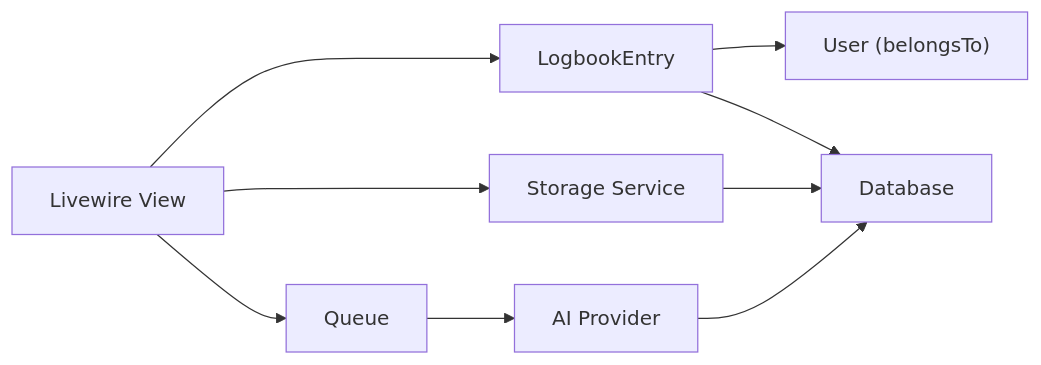
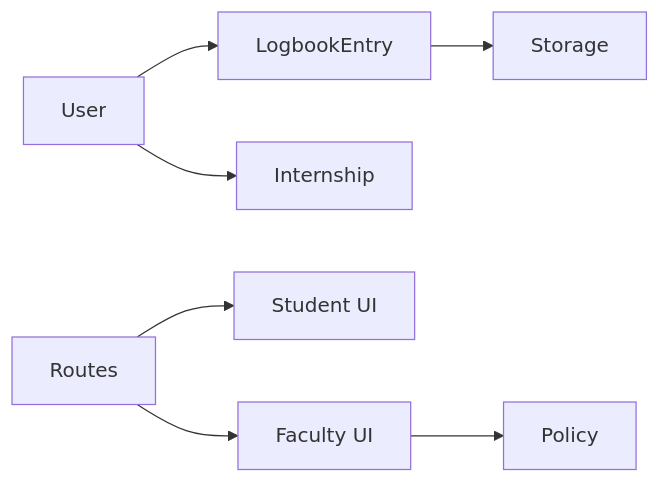
One commit to puromed/internims changed the eighth of 8 diagrams in .qoder/repowiki/en/content/Database Schema/Logbook Entries Table.md. Above: the diagram before and after it, drawn with Mermaid. The commit also changed other lines of this file and 51 other files, not shown here.

````diff
--- a/.qoder/repowiki/en/content/Database Schema/Logbook Entries Table.md
+++ b/.qoder/repowiki/en/content/Database Schema/Logbook Entries Table.md
@@ -310,11 +328,9 @@
 ```mermaid
 graph LR
-UI["Livewire View"] --> Model["LogbookEntry"]
-Model --> Rel["User (belongsTo)"]
-UI --> Storage["Storage Service"]
-UI --> Queue["Queue"]
-Queue --> AI["AI Provider"]
-AI --> DB["Database"]
-Storage --> DB
-Model --> DB
+U["User"] --> E["LogbookEntry"]
+U --> I["Internship"]
+E --> S["Storage"]
+R["Routes"] --> SUI["Student UI"]
+R --> FUI["Faculty UI"]
+FUI --> P["Policy"]
 ```
````
